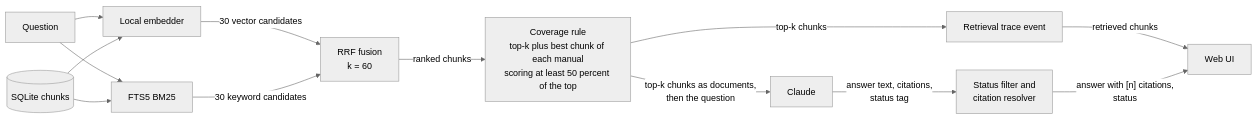
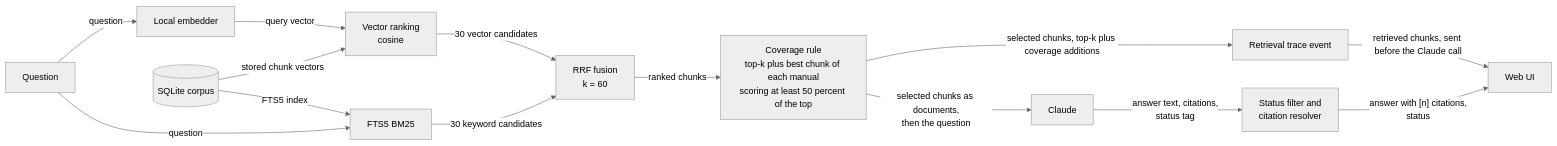
One commit to belaboros/UserManualAssistant changed the diagram in uma/static/diagrams/rag-flow.mmd. Above: the diagram before and after it, drawn with Mermaid (neutral theme). The commit also changed 6 other files, not shown here.

Commit message:
docs: correct RAG, agentic and whole-context diagrams after review

```diff
--- a/uma/static/diagrams/rag-flow.mmd
+++ b/uma/static/diagrams/rag-flow.mmd
@@ -1,13 +1,14 @@
 flowchart LR
-    Q["Question"] --> E["Local embedder"]
-    Q --> B["FTS5 BM25"]
-    DB[("SQLite chunks")] --> E
-    DB --> B
-    E -->|"30 vector candidates"| R["RRF fusion<br/>k = 60"]
-    B -->|"30 keyword candidates"| R
+    Q["Question"] -->|"question"| E["Local embedder"]
+    E -->|"query vector"| VR["Vector ranking<br/>cosine"]
+    DB[("SQLite corpus")] -->|"stored chunk vectors"| VR
+    Q -->|"question"| BM["FTS5 BM25"]
+    DB -->|"FTS5 index"| BM
+    VR -->|"30 vector candidates"| R["RRF fusion<br/>k = 60"]
+    BM -->|"30 keyword candidates"| R
     R -->|"ranked chunks"| V["Coverage rule<br/>top-k plus best chunk of each manual<br/>scoring at least 50 percent of the top"]
-    V -->|"top-k chunks"| T["Retrieval trace event"]
-    V -->|"top-k chunks as documents,<br/>then the question"| C["Claude"]
+    V -->|"selected chunks, top-k plus coverage additions"| T["Retrieval trace event"]
+    V -->|"selected chunks as documents,<br/>then the question"| C["Claude"]
     C -->|"answer text, citations,<br/>status tag"| F["Status filter and<br/>citation resolver"]
-    T -->|"retrieved chunks"| UI["Web UI"]
+    T -->|"retrieved chunks, sent before the Claude call"| UI["Web UI"]
     F -->|"answer with [n] citations,<br/>status"| UI
```
